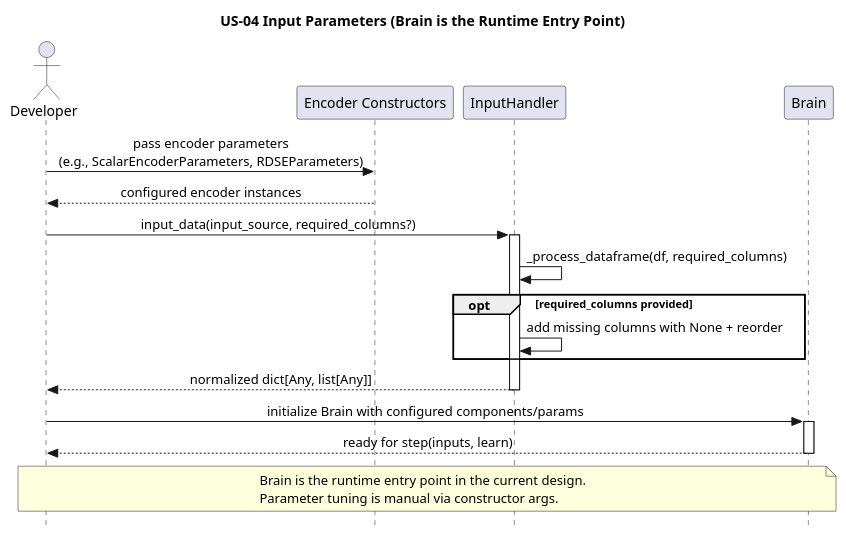
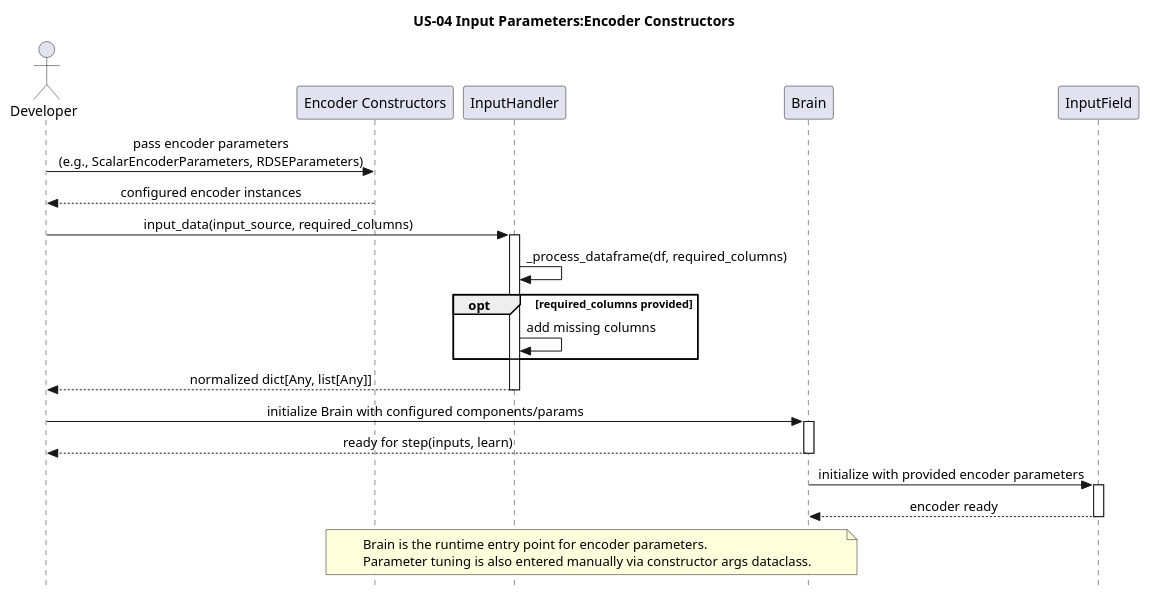
One commit to egrembocki/htmrl changed the diagram in docs/puml/US/us-04.puml. Above: the diagram before and after it, drawn with PlantUML. The commit also changed 3 other files, not shown here.

```diff
--- a/docs/puml/US/us-04.puml
+++ b/docs/puml/US/us-04.puml
@@ -1,33 +1,39 @@
 @startuml
 skinparam style strictuml
 skinparam sequenceMessageAlign center
 skinparam responseMessageBelowArrow true
-title US-04 Input Parameters (Brain is the Runtime Entry Point)
+title US-04 Input Parameters:Encoder Constructors
 
 actor Developer
 participant "Encoder Constructors" as EC
 participant "InputHandler" as IH
 participant "Brain" as B
+participant "InputField" as IFTS
 
 Developer -> EC: pass encoder parameters\n(e.g., ScalarEncoderParameters, RDSEParameters)
 EC --> Developer: configured encoder instances
 
-Developer -> IH: input_data(input_source, required_columns?)
+Developer -> IH: input_data(input_source, required_columns)
 activate IH
 IH -> IH: _process_dataframe(df, required_columns)
 opt required_columns provided
-  IH -> IH: add missing columns with None + reorder
+  IH -> IH: add missing columns
 end
 IH --> Developer: normalized dict[Any, list[Any]]
 deactivate IH
 
 Developer -> B: initialize Brain with configured components/params
 activate B
 B --> Developer: ready for step(inputs, learn)
 deactivate B
 
-note over Developer,B
-Brain is the runtime entry point in the current design.
-Parameter tuning is manual via constructor args.
+B -> IFTS: initialize with provided encoder parameters
+activate IFTS
+IFTS --> B: encoder ready
+deactivate IFTS
+
+note over EC,B
+Brain is the runtime entry point for encoder parameters.
+Parameter tuning is also entered manually via constructor args dataclass.
 end note
 @enduml
```
